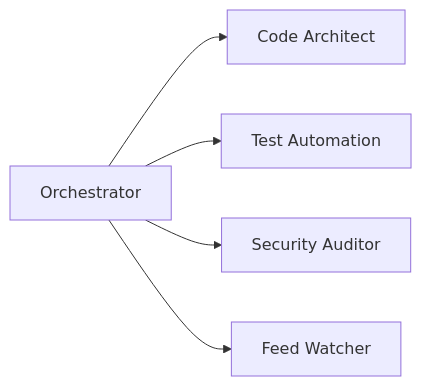
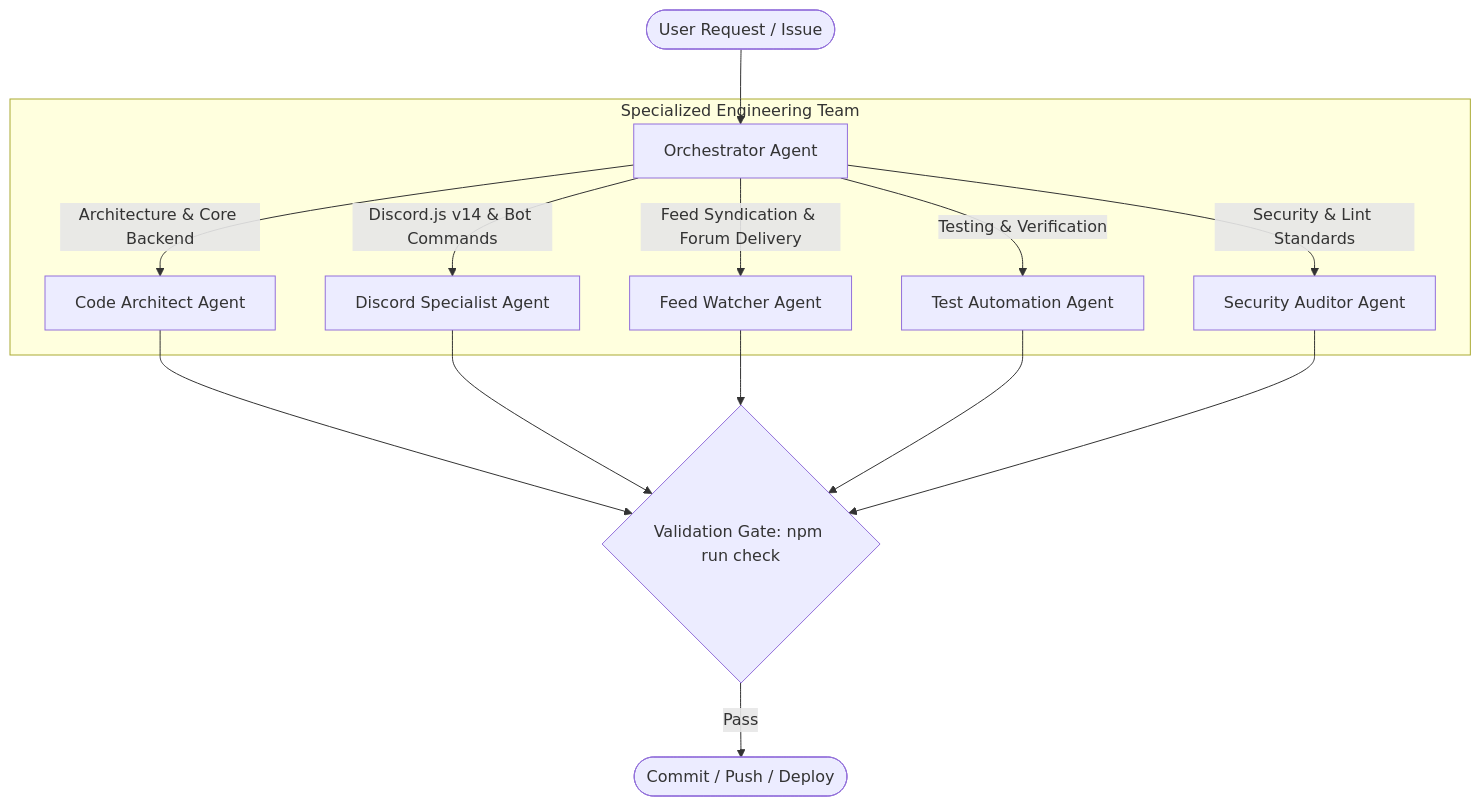
Before and after one commit to HELIX-Origin/HELIX-Discord-Bot: the diagram in .agents/agents/index.md, drawn with Mermaid. The commit also changed other lines of this file and 34 other files, not shown here.

Commit message:
✨ feat(agents): rebuild agent ecosystem with discord.js v14 standards, dynamic registries, and modular lib

````diff
--- a/.agents/agents/index.md
+++ b/.agents/agents/index.md
@@ -5,7 +9,20 @@
 ```mermaid
-flowchart LR
-    Orchestrator[Orchestrator] --> CodeArch[Code Architect]
-    Orchestrator --> TestAuto[Test Automation]
-    Orchestrator --> SecAudit[Security Auditor]
-    Orchestrator --> FeedWatch[Feed Watcher]
+flowchart TD
+    UserGoal([User Request / Issue]) --> Orchestrator[Orchestrator Agent]
+    
+    subgraph MultiAgentTeam [Specialized Engineering Team]
+        Orchestrator -->|Architecture & Core Backend| Architect[Code Architect Agent]
+        Orchestrator -->|Discord.js v14 & Bot Commands| DiscordSpec[Discord Specialist Agent]
+        Orchestrator -->|Feed Syndication & Forum Delivery| FeedWatch[Feed Watcher Agent]
+        Orchestrator -->|Testing & Verification| Tester[Test Automation Agent]
+        Orchestrator -->|Security & Lint Standards| Auditor[Security Auditor Agent]
+    end
+    
+    Architect --> ValidationGate{Validation Gate: npm run check}
+    DiscordSpec --> ValidationGate
+    FeedWatch --> ValidationGate
+    Tester --> ValidationGate
+    Auditor --> ValidationGate
+    
+    ValidationGate -->|Pass| Done([Commit / Push / Deploy])
 ```
````
